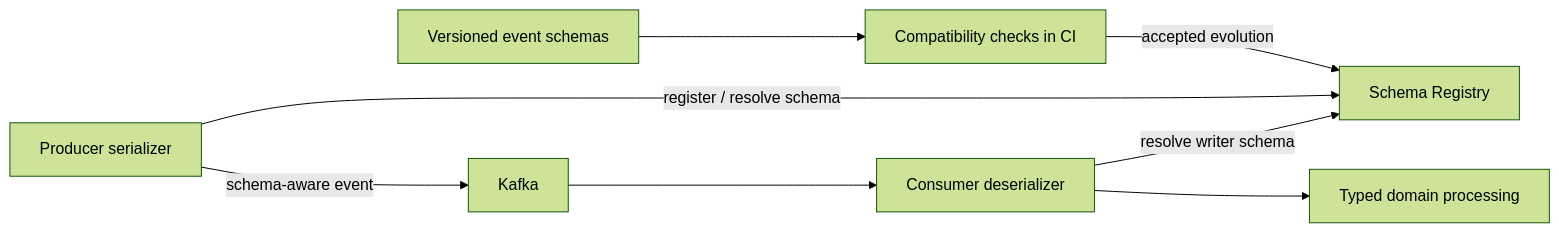
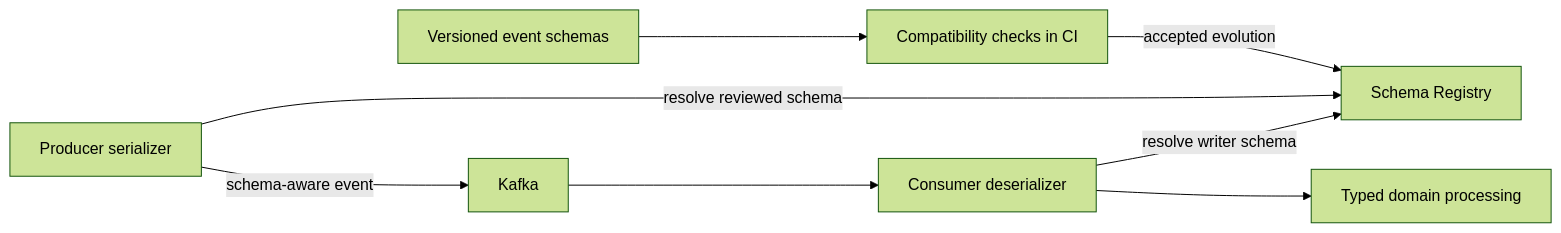
One commit to ChangeGuardHQ/changuard-platform changed the sixth of 41 diagrams in README.md. Above: the diagram before and after it, drawn with Mermaid (forest theme). The commit also changed other lines of this file and 53 other files, not shown here.

````diff
--- a/README.md
+++ b/README.md
@@ -868,10 +871,10 @@
 ```mermaid
 flowchart LR
     Schemas["Versioned event schemas"] --> CI["Compatibility checks in CI"]
     CI -->|"accepted evolution"| Registry["Schema Registry"]
-    Producer["Producer serializer"] -->|"register / resolve schema"| Registry
+    Producer["Producer serializer"] -->|"resolve reviewed schema"| Registry
     Producer -->|"schema-aware event"| Kafka["Kafka"]
     Kafka --> Consumer["Consumer deserializer"]
     Consumer -->|"resolve writer schema"| Registry
     Consumer --> Domain["Typed domain processing"]
 ```
````
